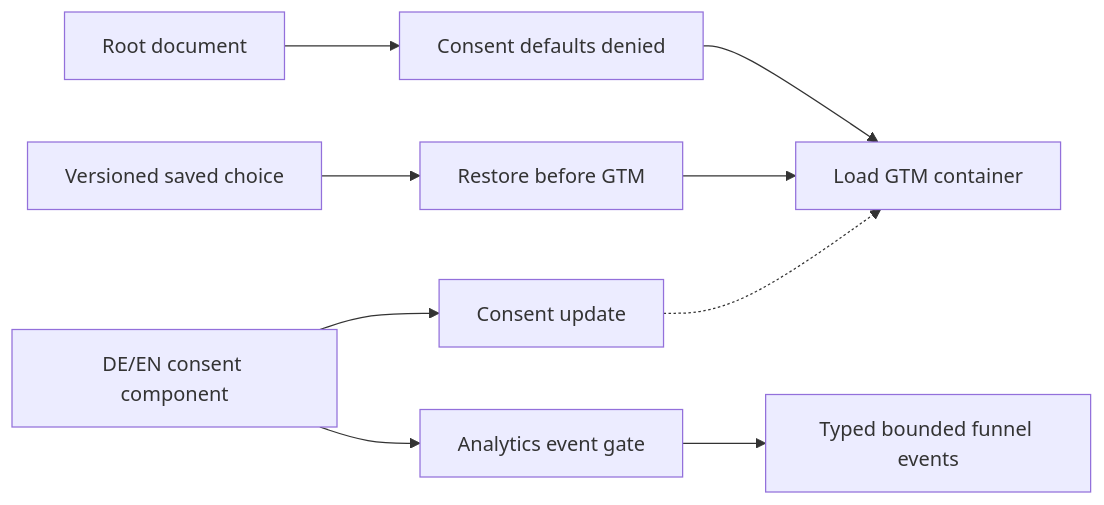
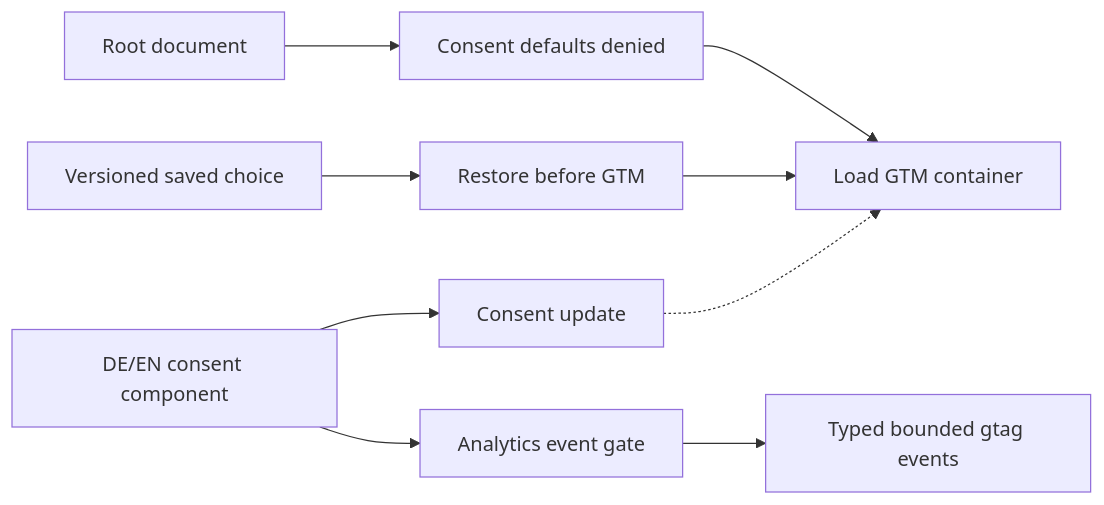
One commit to Liutasil501/bewerbradar-copilot changed the tenth of 11 diagrams in ARCHITECTURE.md. Above: the diagram before and after it, drawn with Mermaid. The commit also changed other lines of this file and 33 other files, not shown here.

````diff
--- a/ARCHITECTURE.md
+++ b/ARCHITECTURE.md
@@ -511,11 +518,11 @@
 ```mermaid
 flowchart LR
     Document["Root document"] --> Denied["Consent defaults denied"]
     Denied --> GTM["Load GTM container"]
     Stored["Versioned saved choice"] --> Restore["Restore before GTM"]
     Restore --> GTM
     Choice["DE/EN consent component"] --> Update["Consent update"]
     Update -.-> GTM
     Choice --> Gate["Analytics event gate"]
-    Gate --> Events["Typed bounded funnel events"]
+    Gate --> Events["Typed bounded gtag events"]
 ```
````
